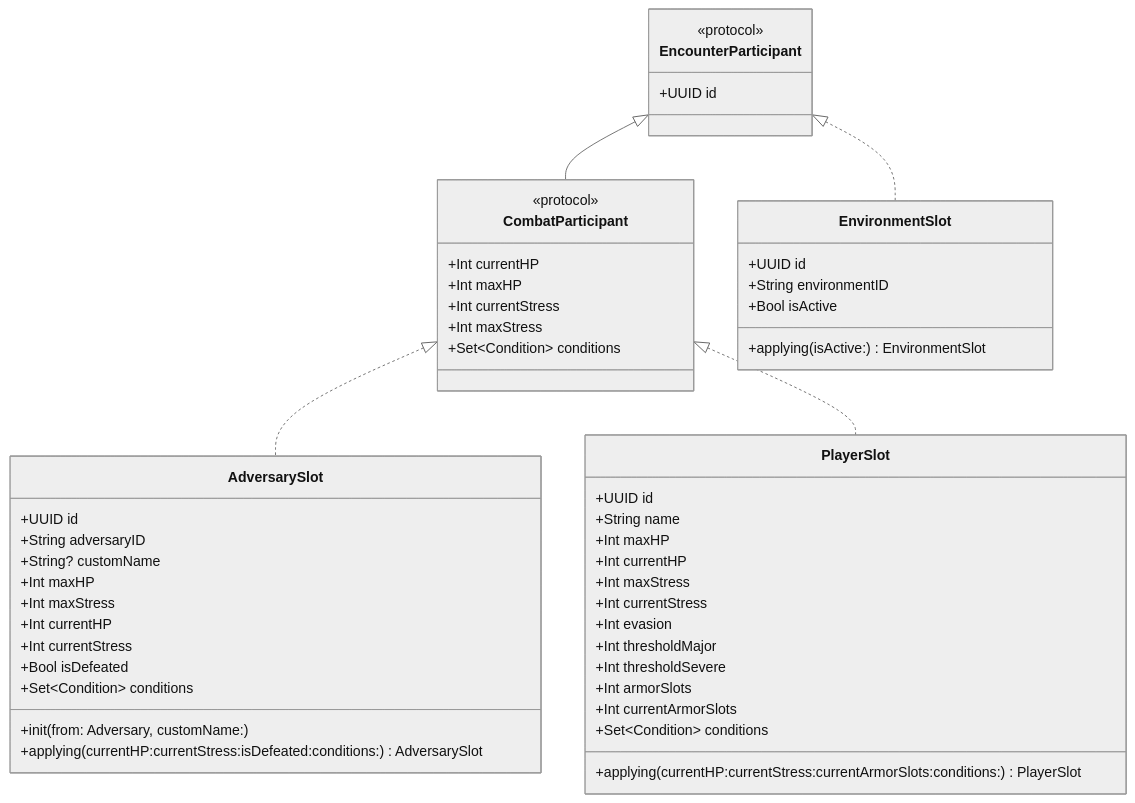
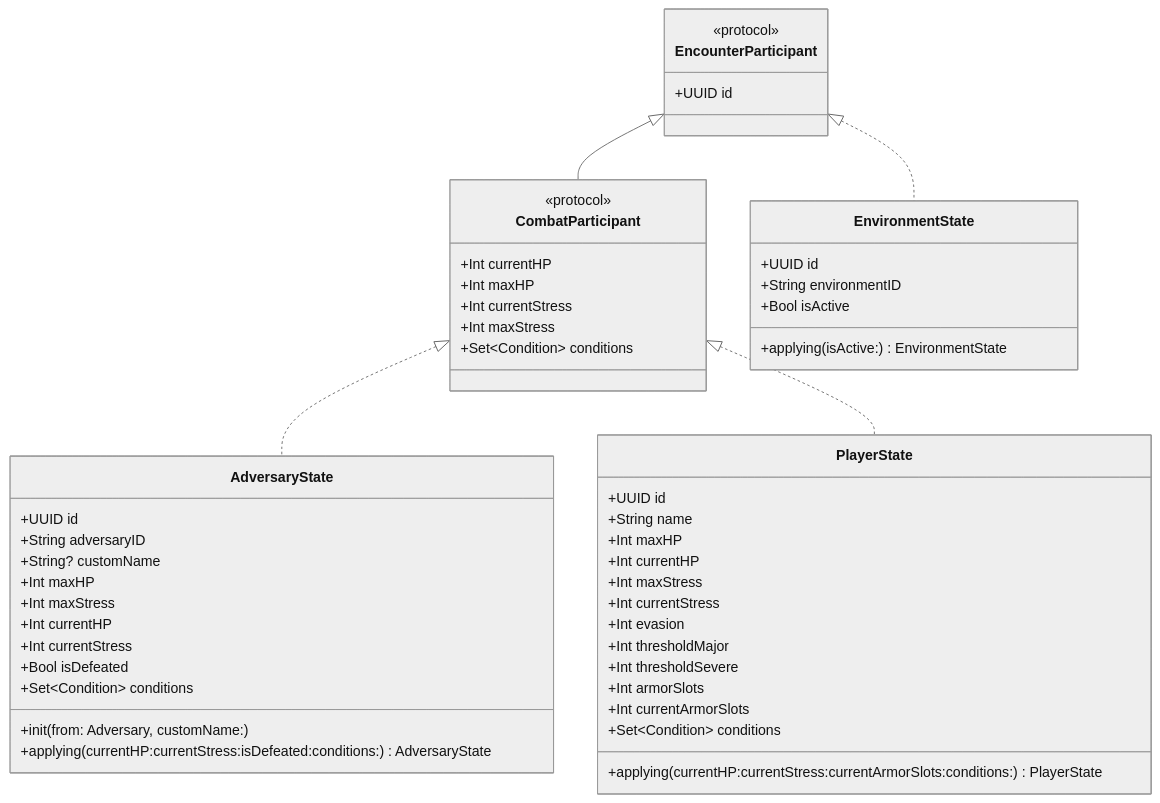
One commit to gwillish/DHModels changed the diagram in diagrams/DHKit/participants.mmd. Above: the diagram before and after it, drawn with Mermaid (neutral theme). The commit also changed 78 other files, not shown here.

```diff
--- a/diagrams/DHKit/participants.mmd
+++ b/diagrams/DHKit/participants.mmd
@@ -1,61 +1,61 @@
 classDiagram
     direction TB
 
     %% ── Protocols ─────────────────────────────────────────────────────────
     class EncounterParticipant {
         <<protocol>>
         +UUID id
     }
 
     class CombatParticipant {
         <<protocol>>
         +Int currentHP
         +Int maxHP
         +Int currentStress
         +Int maxStress
         +Set~Condition~ conditions
     }
 
     EncounterParticipant <|-- CombatParticipant
 
-    %% ── Slot value types (nonisolated) ────────────────────────────────────
-    class AdversarySlot {
+    %% ── Session state value types (nonisolated) ───────────────────────────
+    class AdversaryState {
         +UUID id
         +String adversaryID
         +String? customName
         +Int maxHP
         +Int maxStress
         +Int currentHP
         +Int currentStress
         +Bool isDefeated
         +Set~Condition~ conditions
         +init(from: Adversary, customName:)
-        +applying(currentHP:currentStress:isDefeated:conditions:) AdversarySlot
+        +applying(currentHP:currentStress:isDefeated:conditions:) AdversaryState
     }
 
-    class PlayerSlot {
+    class PlayerState {
         +UUID id
         +String name
         +Int maxHP
         +Int currentHP
         +Int maxStress
         +Int currentStress
         +Int evasion
         +Int thresholdMajor
         +Int thresholdSevere
         +Int armorSlots
         +Int currentArmorSlots
         +Set~Condition~ conditions
-        +applying(currentHP:currentStress:currentArmorSlots:conditions:) PlayerSlot
+        +applying(currentHP:currentStress:currentArmorSlots:conditions:) PlayerState
     }
 
-    class EnvironmentSlot {
+    class EnvironmentState {
         +UUID id
         +String environmentID
         +Bool isActive
-        +applying(isActive:) EnvironmentSlot
+        +applying(isActive:) EnvironmentState
     }
 
-    CombatParticipant <|.. AdversarySlot
-    CombatParticipant <|.. PlayerSlot
-    EncounterParticipant <|.. EnvironmentSlot
+    CombatParticipant <|.. AdversaryState
+    CombatParticipant <|.. PlayerState
+    EncounterParticipant <|.. EnvironmentState
```
